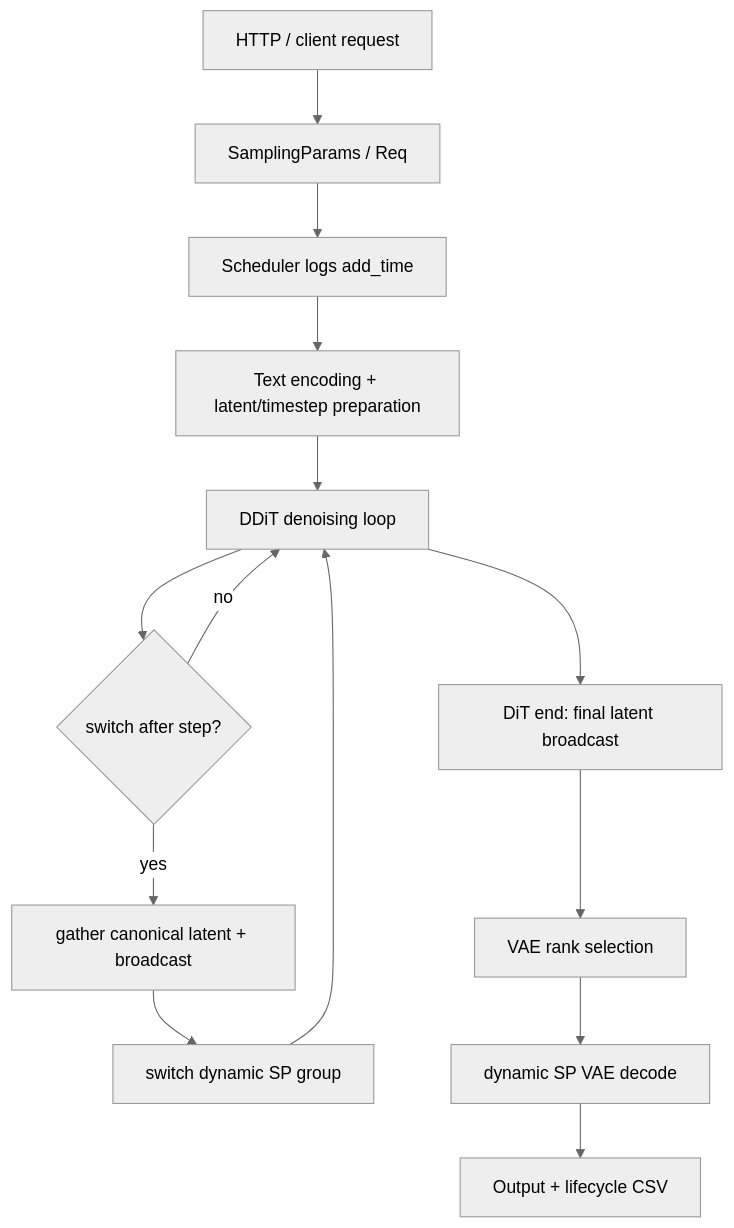
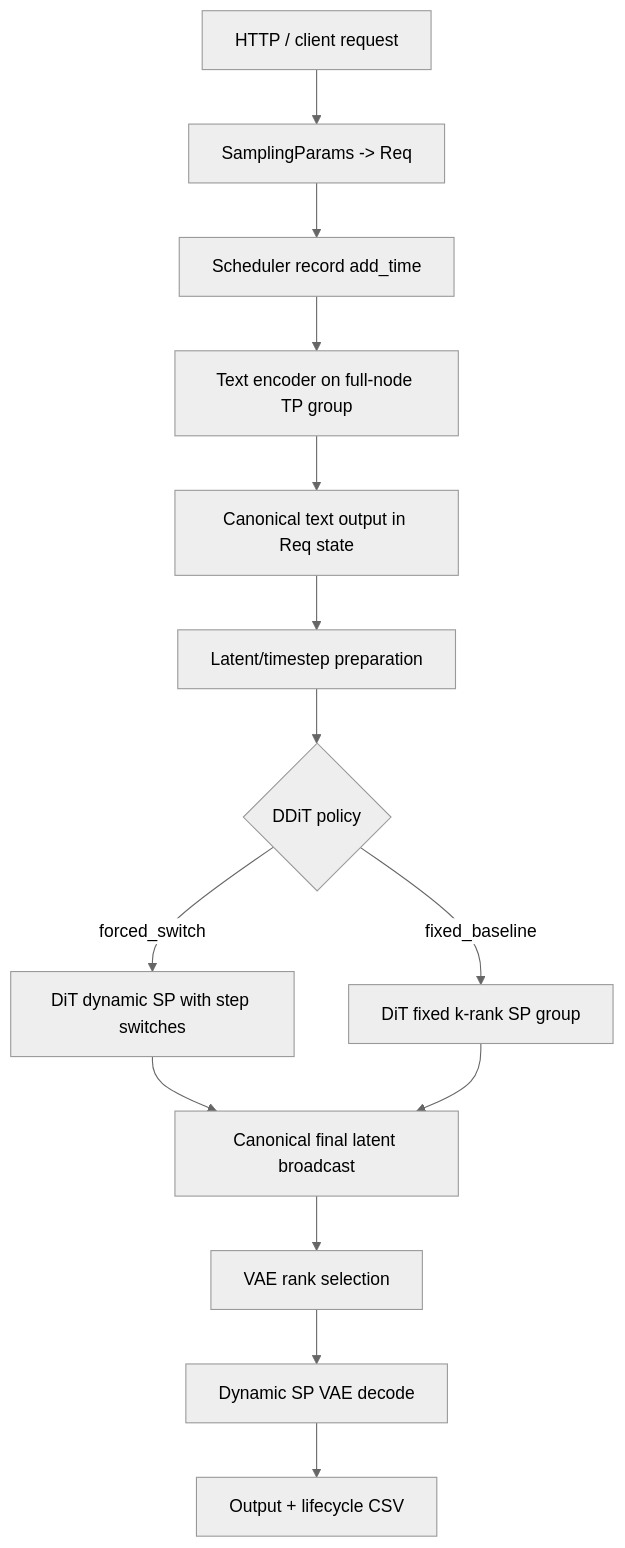
The first of 3 diagrams in docs/ddit/sglang_ddit_cookbook.md (FredHuang99/sglang), drawn with Mermaid (neutral theme) before and after one commit. The commit also changed other lines of this file and 9 other files, not shown here.

````diff
--- a/docs/ddit/sglang_ddit_cookbook.md
+++ b/docs/ddit/sglang_ddit_cookbook.md
@@ -7,16 +7,16 @@
 ```mermaid
 flowchart TD
-  A["HTTP / client request"] --> B["SamplingParams / Req"]
-  B --> C["Scheduler logs add_time"]
-  C --> D["Text encoding + latent/timestep preparation"]
-  D --> E["DDiT denoising loop"]
-  E --> F{"switch after step?"}
-  F -- yes --> G["gather canonical latent + broadcast"]
-  G --> H["switch dynamic SP group"]
-  H --> E
-  F -- no --> E
-  E --> I["DiT end: final latent broadcast"]
-  I --> J["VAE rank selection"]
-  J --> K["dynamic SP VAE decode"]
-  K --> L["Output + lifecycle CSV"]
+  A["HTTP / client request"] --> B["SamplingParams -> Req"]
+  B --> C["Scheduler record add_time"]
+  C --> D["Text encoder on full-node TP group"]
+  D --> E["Canonical text output in Req state"]
+  E --> F["Latent/timestep preparation"]
+  F --> G{"DDiT policy"}
+  G -->|forced_switch| H["DiT dynamic SP with step switches"]
+  G -->|fixed_baseline| I["DiT fixed k-rank SP group"]
+  H --> J["Canonical final latent broadcast"]
+  I --> J
+  J --> K["VAE rank selection"]
+  K --> L["Dynamic SP VAE decode"]
+  L --> M["Output + lifecycle CSV"]
 ```
````
